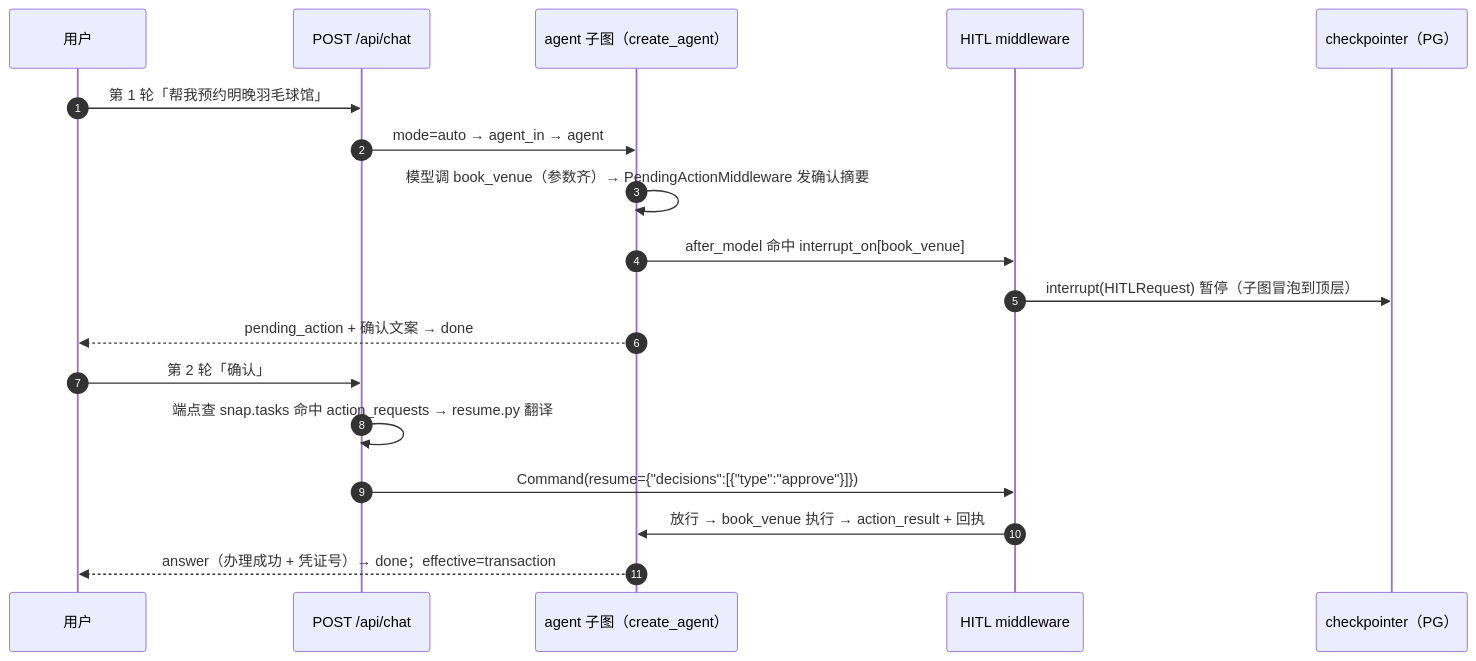
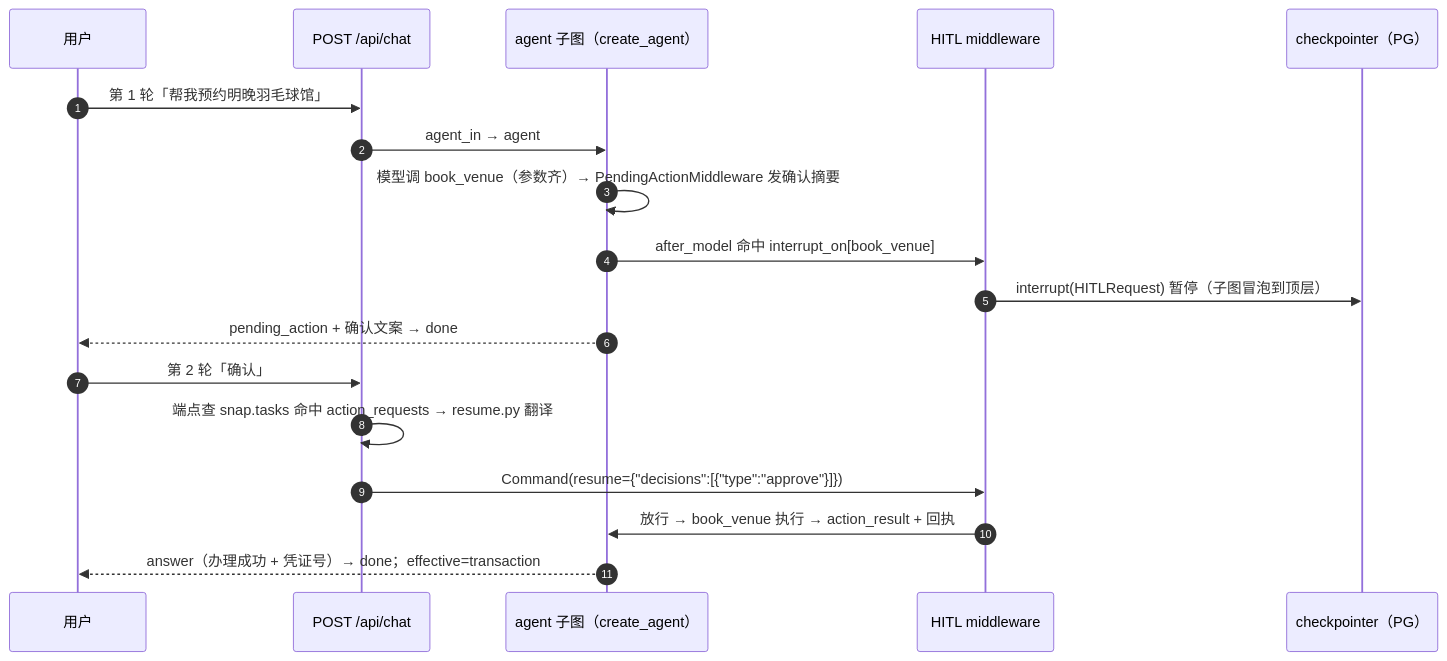
One commit to Thekshy/gewu changed the second of 2 diagrams in docs/architecture/02-orchestration-graph.md. Above: the diagram before and after it, drawn with Mermaid. The commit also changed other lines of this file and 33 other files, not shown here.

````diff
--- a/docs/architecture/02-orchestration-graph.md
+++ b/docs/architecture/02-orchestration-graph.md
@@ -130,21 +92,21 @@
 ```mermaid
 sequenceDiagram
     autonumber
     participant U as 用户
     participant A as POST /api/chat
     participant S as agent 子图（create_agent）
     participant H as HITL middleware
     participant CP as checkpointer（PG）
 
     U->>A: 第 1 轮「帮我预约明晚羽毛球馆」
-    A->>S: mode=auto → agent_in → agent
+    A->>S: agent_in → agent
     S->>S: 模型调 book_venue（参数齐）→ PendingActionMiddleware 发确认摘要
     S->>H: after_model 命中 interrupt_on[book_venue]
     H->>CP: interrupt(HITLRequest) 暂停（子图冒泡到顶层）
     S-->>U: pending_action + 确认文案 → done
     U->>A: 第 2 轮「确认」
     A->>A: 端点查 snap.tasks 命中 action_requests → resume.py 翻译
     A->>H: Command(resume={"decisions":[{"type":"approve"}]})
     H->>S: 放行 → book_venue 执行 → action_result + 回执
     S-->>U: answer（办理成功 + 凭证号）→ done；effective=transaction
 ```
````
